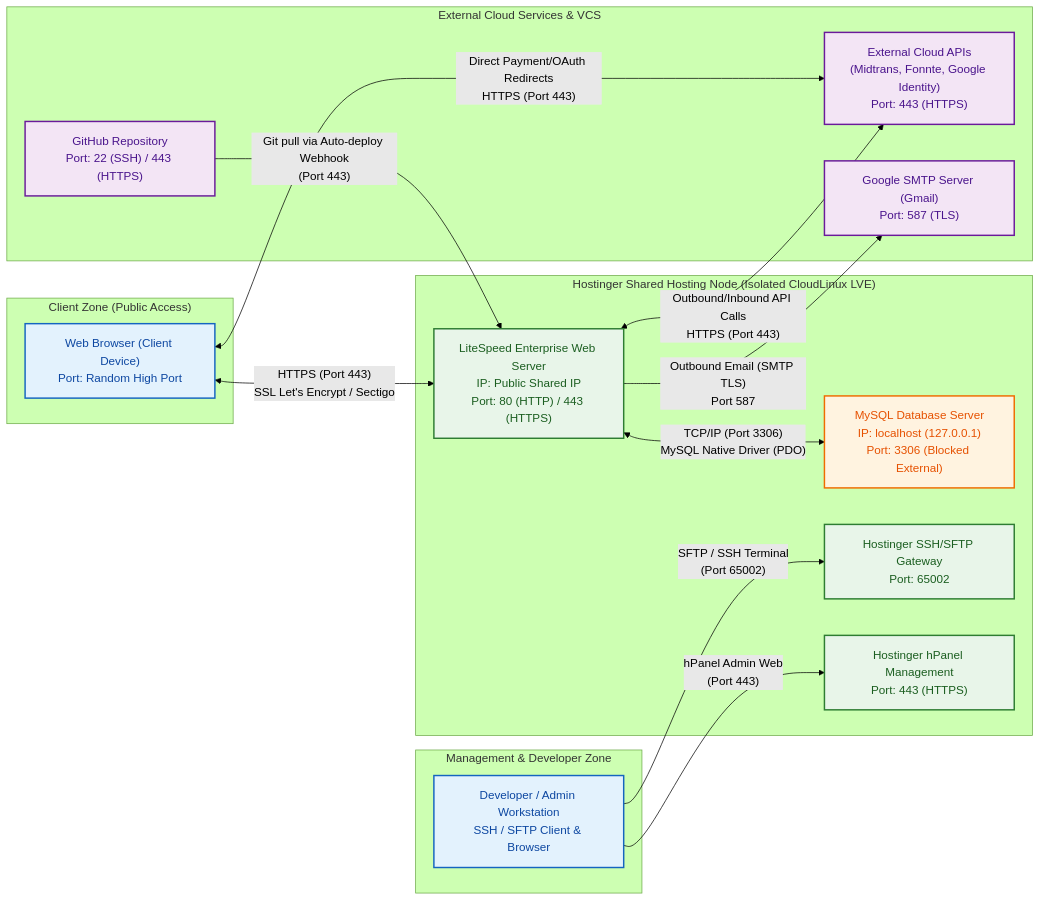
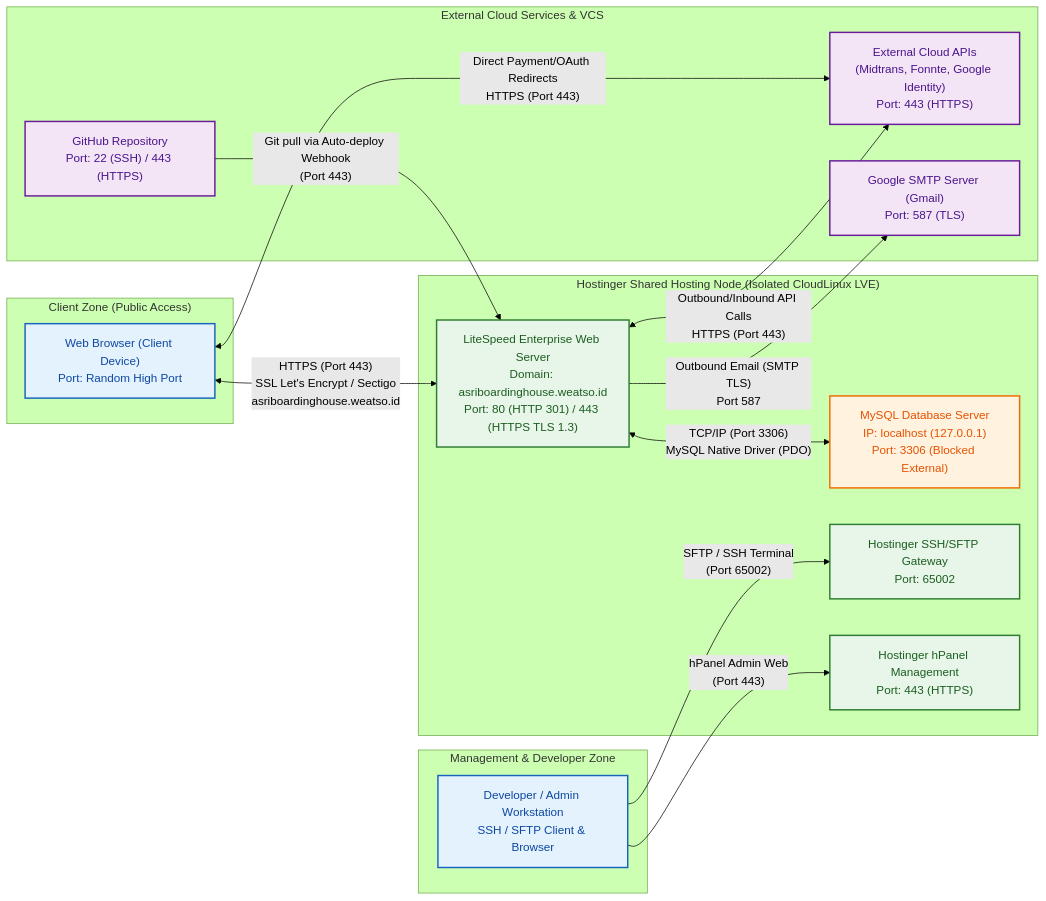
Before and after one commit to rafifarsyapradiva/asri-boarding-house: the second of 7 diagrams in Blueprint/Deployment_Diagram_Kost.md, drawn with Mermaid (forest theme). The commit also changed other lines of this file and 15 other files, not shown here.

Commit message:
docs(blueprint): harmonisasi infrastruktur hostinger produksi & finalisasi mutlak deployment diagram v244.0

````diff
--- a/Blueprint/Deployment_Diagram_Kost.md
+++ b/Blueprint/Deployment_Diagram_Kost.md
@@ -142,44 +154,44 @@
 ```mermaid
 flowchart LR
     subgraph ClientZone["Client Zone (Public Access)"]
         Browser["Web Browser (Client Device)<br/>Port: Random High Port"]
     end
 
     subgraph DevZone["Management & Developer Zone"]
         DevPC["Developer / Admin Workstation<br/>SSH / SFTP Client & Browser"]
     end
 
     subgraph HostingerZone["Hostinger Shared Hosting Node (Isolated CloudLinux LVE)"]
-        HostingerServer["LiteSpeed Enterprise Web Server<br/>IP: Public Shared IP<br/>Port: 80 (HTTP) / 443 (HTTPS)"]
+        HostingerServer["LiteSpeed Enterprise Web Server<br/>Domain: asriboardinghouse.weatso.id<br/>Port: 80 (HTTP 301) / 443 (HTTPS TLS 1.3)"]
         HostingerDB["MySQL Database Server<br/>IP: localhost (127.0.0.1)<br/>Port: 3306 (Blocked External)"]
         HostingerSSH["Hostinger SSH/SFTP Gateway<br/>Port: 65002"]
         HostingerPanel["Hostinger hPanel Management<br/>Port: 443 (HTTPS)"]
     end
 
     subgraph ExternalZone["External Cloud Services & VCS"]
         GitHub["GitHub Repository<br/>Port: 22 (SSH) / 443 (HTTPS)"]
         CloudAPIs["External Cloud APIs<br/>(Midtrans, Fonnte, Google Identity)<br/>Port: 443 (HTTPS)"]
         SMTPServer["Google SMTP Server (Gmail)<br/>Port: 587 (TLS)"]
     end
 
     %% Connections
-    Browser <-->|"HTTPS (Port 443)<br/>SSL Let's Encrypt / Sectigo"| HostingerServer
+    Browser <-->|"HTTPS (Port 443)<br/>SSL Let's Encrypt / Sectigo<br/>asriboardinghouse.weatso.id"| HostingerServer
     HostingerServer <-->|"TCP/IP (Port 3306)<br/>MySQL Native Driver (PDO)"| HostingerDB
     DevPC -->|"SFTP / SSH Terminal<br/>(Port 65002)"| HostingerSSH
     DevPC -->|"hPanel Admin Web<br/>(Port 443)"| HostingerPanel
     GitHub -->|"Git pull via Auto-deploy Webhook<br/>(Port 443)"| HostingerServer
     HostingerServer <-->|"Outbound/Inbound API Calls<br/>HTTPS (Port 443)"| CloudAPIs
     Browser <-->|"Direct Payment/OAuth Redirects<br/>HTTPS (Port 443)"| CloudAPIs
     HostingerServer -->|"Outbound Email (SMTP TLS)<br/>Port 587"| SMTPServer
 
     %% Styling
     classDef client fill:#E3F2FD,stroke:#1565C0,stroke-width:2px,color:#0D47A1;
     classDef server fill:#E8F5E9,stroke:#2E7D32,stroke-width:2px,color:#1B5E20;
     classDef db fill:#FFF3E0,stroke:#EF6C00,stroke-width:2px,color:#E65100;
     classDef ext fill:#F3E5F5,stroke:#6A1B9A,stroke-width:2px,color:#4A148C;
 
     class Browser,DevPC client;
     class HostingerServer,HostingerSSH,HostingerPanel server;
     class HostingerDB db;
     class CloudAPIs,GitHub,SMTPServer ext;
 ```
````
